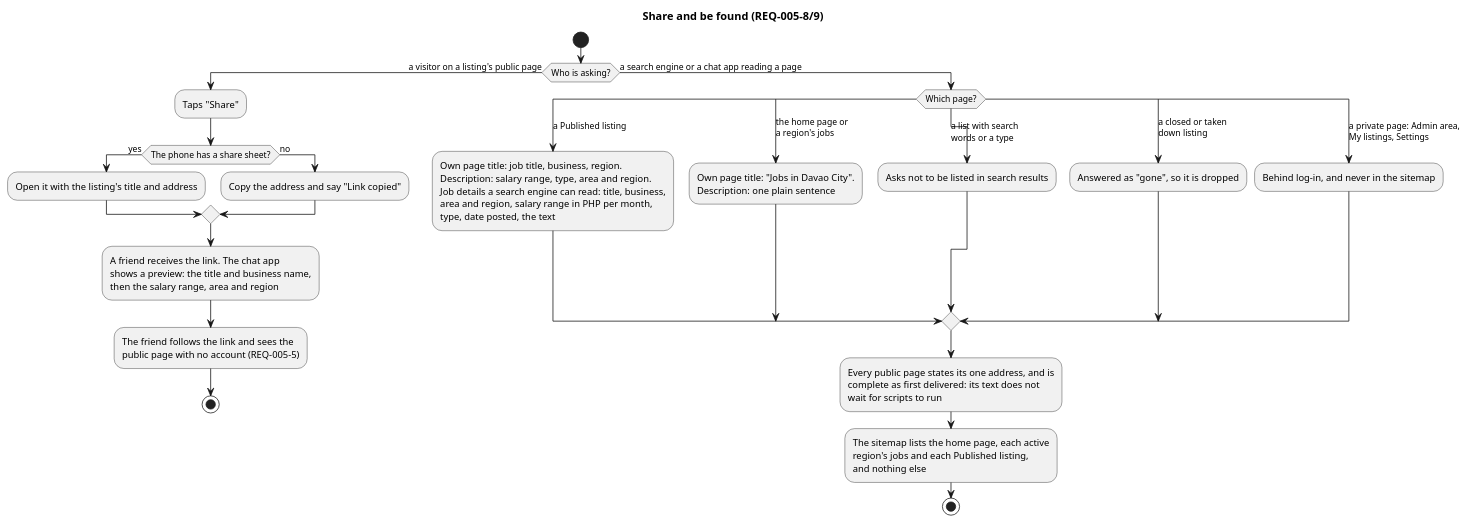
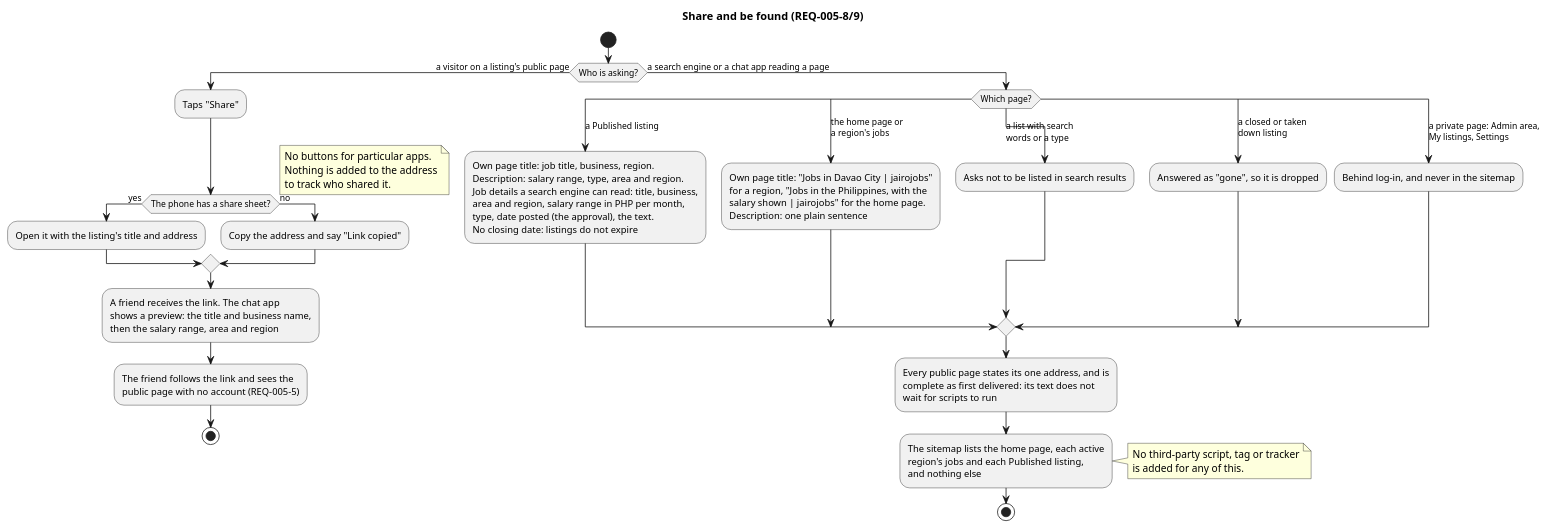
Before and after one commit to raseniero/jairojobs-elixir: the diagram in docs/specs/005-public-browse-search/diagrams/activity-share-and-be-found.puml, drawn with PlantUML. The commit also changed 10 other files, not shown here.

Commit message:
docs(spec 005): scenario-by-scenario check of the diagrams; table of earlier documents verified

```diff
--- a/docs/specs/005-public-browse-search/diagrams/activity-share-and-be-found.puml
+++ b/docs/specs/005-public-browse-search/diagrams/activity-share-and-be-found.puml
@@ -1,45 +1,57 @@
 @startuml activity-share-and-be-found
 ' Spec 005 — sharing a listing, and what search engines are told (REQ-005-8, -9)
 title Share and be found (REQ-005-8/9)
 
 start
 if (Who is asking?) then (a visitor on a listing's public page)
   :Taps "Share";
   if (The phone has a share sheet?) then (yes)
     :Open it with the listing's title and address;
   else (no)
     :Copy the address and say "Link copied";
   endif
+  note right
+    No buttons for particular apps.
+    Nothing is added to the address
+    to track who shared it.
+  end note
   :A friend receives the link. The chat app
   shows a preview: the title and business name,
   then the salary range, area and region;
   :The friend follows the link and sees the
   public page with no account (REQ-005-5);
   stop
 else (a search engine or a chat app reading a page)
   switch (Which page?)
   case (a Published listing)
     :Own page title: job title, business, region.
     Description: salary range, type, area and region.
     Job details a search engine can read: title, business,
     area and region, salary range in PHP per month,
-    type, date posted, the text;
+    type, date posted (the approval), the text.
+    No closing date: listings do not expire;
   case (the home page or\na region's jobs)
-    :Own page title: "Jobs in Davao City".
+    :Own page title: "Jobs in Davao City | jairojobs"
+    for a region, "Jobs in the Philippines, with the
+    salary shown | jairojobs" for the home page.
     Description: one plain sentence;
   case (a list with search\nwords or a type)
     :Asks not to be listed in search results;
   case (a closed or taken\ndown listing)
     :Answered as "gone", so it is dropped;
   case (a private page: Admin area,\nMy listings, Settings)
     :Behind log-in, and never in the sitemap;
   endswitch
   :Every public page states its one address, and is
   complete as first delivered: its text does not
   wait for scripts to run;
   :The sitemap lists the home page, each active
   region's jobs and each Published listing,
   and nothing else;
+  note right
+    No third-party script, tag or tracker
+    is added for any of this.
+  end note
   stop
 endif
 @enduml
```
